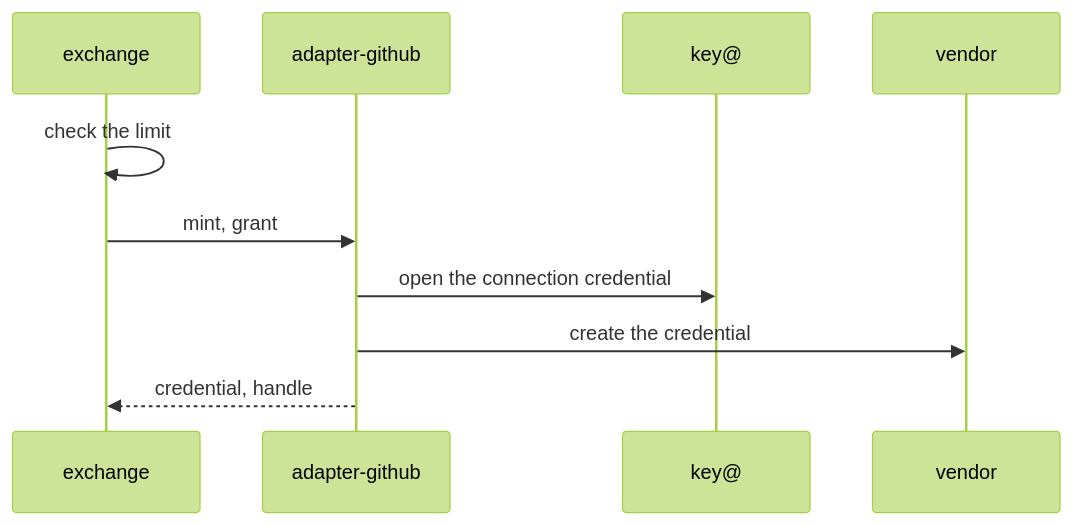
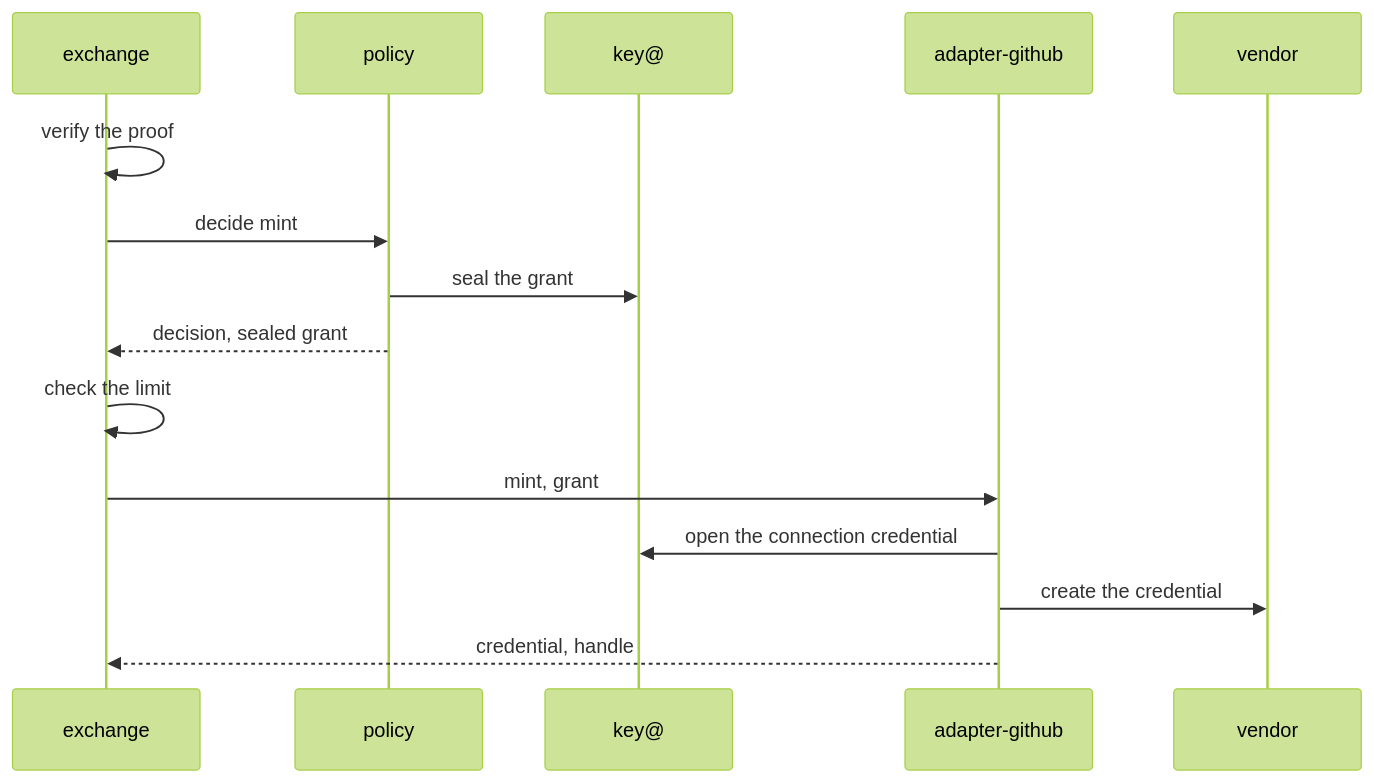
One commit to truvity/sluis changed the second of 4 diagrams in docs/architecture/components.md. Above: the diagram before and after it, drawn with Mermaid (forest theme). The commit also changed other lines of this file and 154 other files, not shown here.

````diff
--- a/docs/architecture/components.md
+++ b/docs/architecture/components.md
@@ -135,12 +81,17 @@
 ```mermaid
 sequenceDiagram
   participant X as exchange
+  participant P as policy
+  participant K as key@
   participant A as adapter-github
-  participant K as key@
   participant V as vendor
+  X->>X: verify the proof
+  X->>P: decide mint
+  P->>K: seal the grant
+  P-->>X: decision, sealed grant
   X->>X: check the limit
   X->>A: mint, grant
   A->>K: open the connection credential
   A->>V: create the credential
   A-->>X: credential, handle
 ```
````
